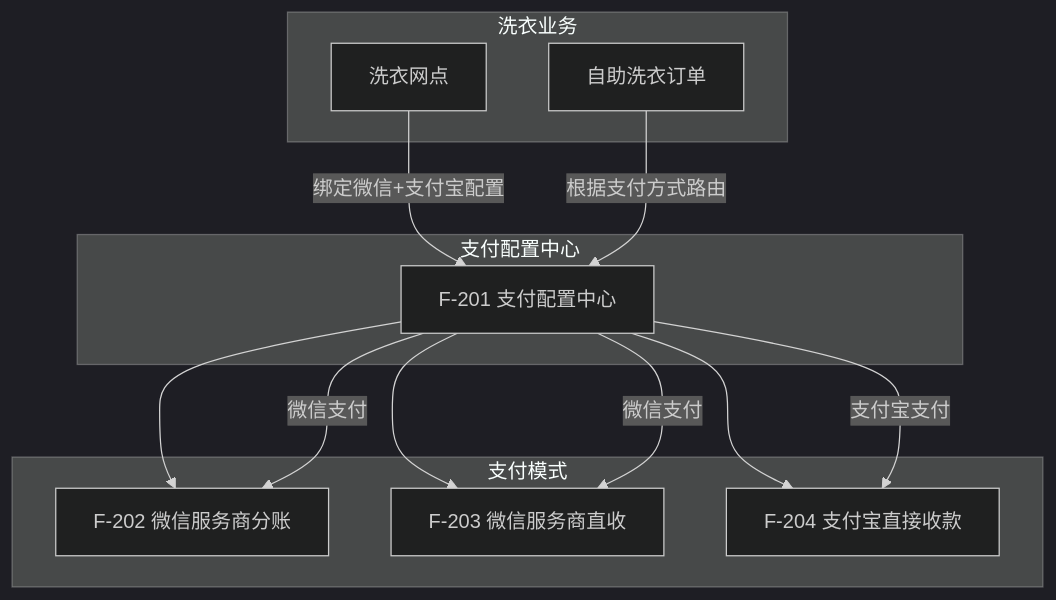
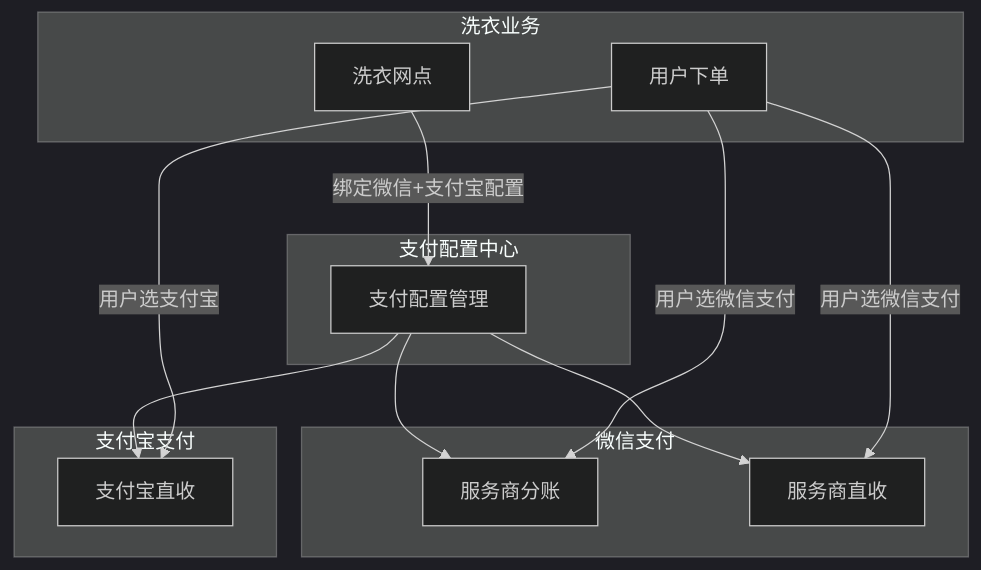
The second of 2 diagrams in docs/versions/v1.1.0/05-features/index.md (MarkTina/VitepressPRD), drawn with Mermaid (dark theme) before and after one commit. The commit also changed other lines of this file and 5 other files, not shown here.

````diff
--- a/docs/versions/v1.1.0/05-features/index.md
+++ b/docs/versions/v1.1.0/05-features/index.md
@@ -38,27 +35,29 @@
 ```mermaid
 graph TD
     subgraph 支付配置中心
-        F201[F-201 支付配置中心]
+        Config[支付配置管理]
     end
 
-    subgraph 支付模式
-        F202[F-202 微信服务商分账]
-        F203[F-203 微信服务商直收]
-        F204[F-204 支付宝直接收款]
+    subgraph 微信支付
+        WxSplit[服务商分账]
+        WxDirect[服务商直收]
+    end
+
+    subgraph 支付宝支付
+        AliDirect[支付宝直收]
     end
 
     subgraph 洗衣业务
-        Order[自助洗衣订单]
         Site[洗衣网点]
+        Order[用户下单]
     end
 
-    F201 --> F202
-    F201 --> F203
-    F201 --> F204
+    Config --> WxSplit
+    Config --> WxDirect
+    Config --> AliDirect
 
-    Site -->|绑定微信+支付宝配置| F201
-    Order -->|根据支付方式路由| F201
-    F201 -->|微信支付| F202
-    F201 -->|微信支付| F203
-    F201 -->|支付宝支付| F204
+    Site -->|绑定微信+支付宝配置| Config
+    Order -->|用户选微信支付| WxSplit
+    Order -->|用户选微信支付| WxDirect
+    Order -->|用户选支付宝| AliDirect
 ```
````
